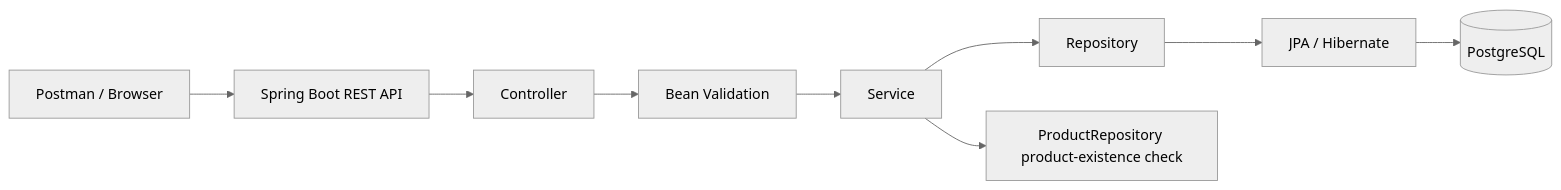
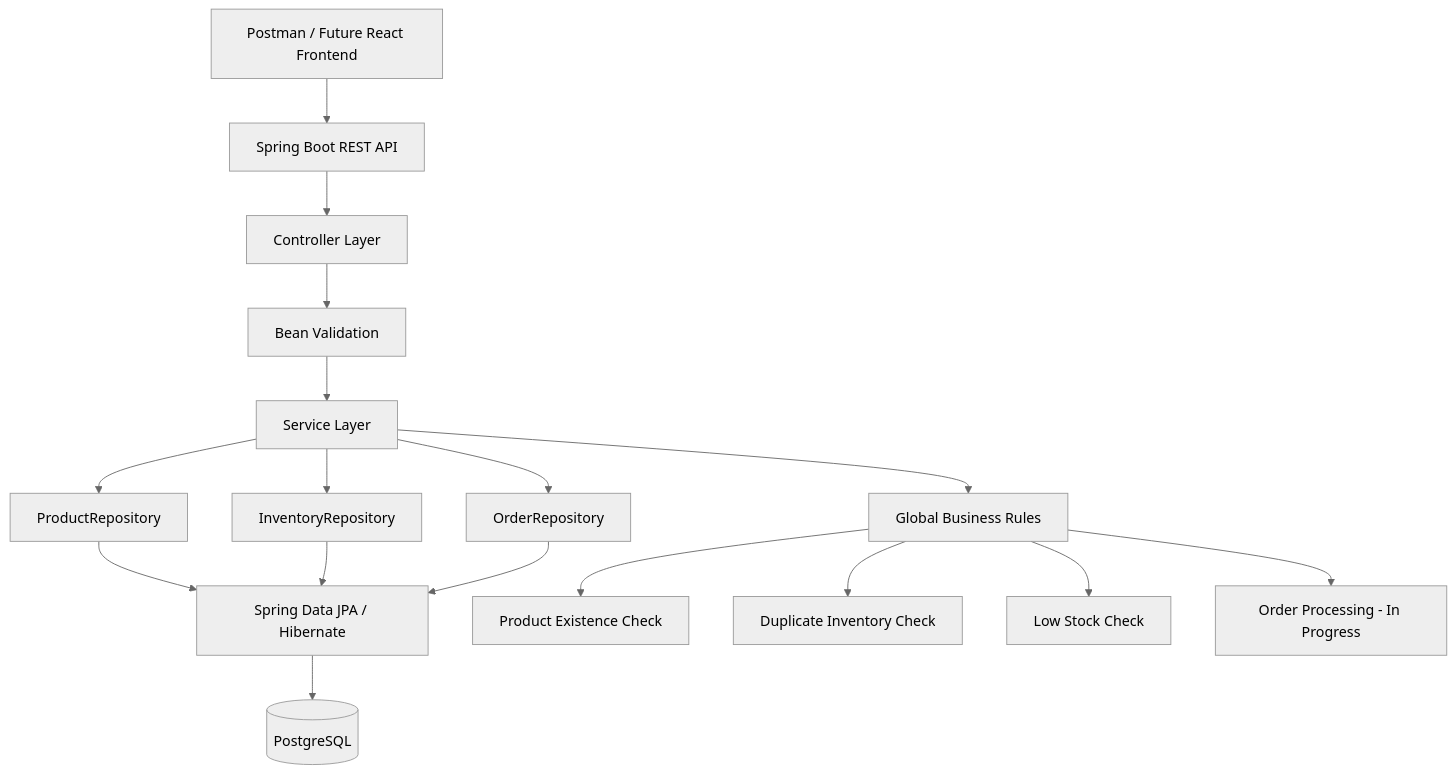
The diagram in README.md (maheshchirumamilla77-pixel/FreshCart), drawn with Mermaid (neutral theme) before and after one commit. The commit also changed other lines of this file and 8 other files, not shown here.

````diff
--- a/README.md
+++ b/README.md
@@ -9,11 +13,24 @@
 ```mermaid
-flowchart LR
-    A[Postman / Browser] --> B[Spring Boot REST API]
-    B --> C[Controller]
+flowchart TD
+    A[Postman / Future React Frontend] --> B[Spring Boot REST API]
+
+    B --> C[Controller Layer]
     C --> D[Bean Validation]
-    D --> E[Service]
-    E --> F[Repository]
-    F --> G[JPA / Hibernate]
-    G --> H[(PostgreSQL)]
-    E --> I[ProductRepository product-existence check]
+    D --> E[Service Layer]
+
+    E --> F[ProductRepository]
+    E --> G[InventoryRepository]
+    E --> H[OrderRepository]
+
+    F --> I[Spring Data JPA / Hibernate]
+    G --> I
+    H --> I
+
+    I --> J[(PostgreSQL)]
+
+    E --> K[Global Business Rules]
+    K --> L[Product Existence Check]
+    K --> M[Duplicate Inventory Check]
+    K --> N[Low Stock Check]
+    K --> O[Order Processing - In Progress]
 ```
````
